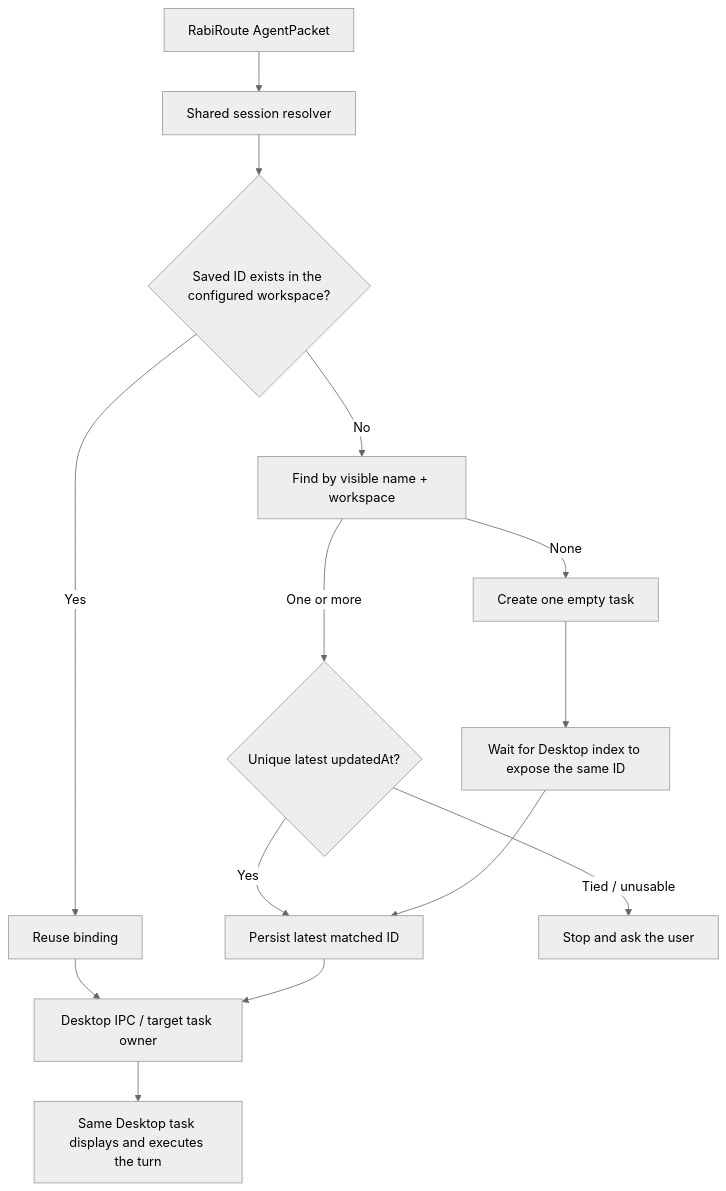
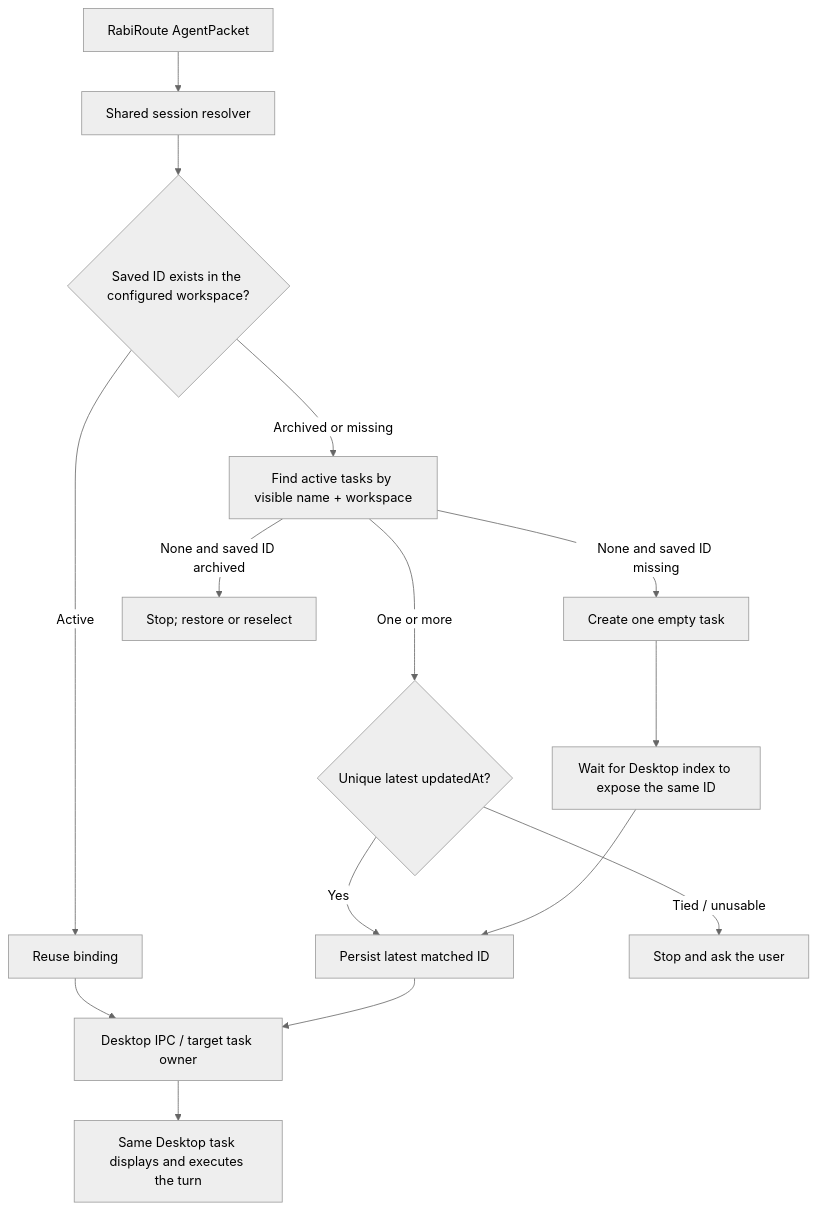
Before and after one commit to vb2250158/RabiRoute: the diagram in docs/codex-desktop-agent-acceptance_en.md, drawn with Mermaid (neutral theme). The commit also changed other lines of this file and 91 other files, not shown here.

````diff
--- a/docs/codex-desktop-agent-acceptance_en.md
+++ b/docs/codex-desktop-agent-acceptance_en.md
@@ -41,16 +41,17 @@
 ```mermaid
 flowchart TD
     P["RabiRoute AgentPacket"] --> R["Shared session resolver"]
     R --> I{"Saved ID exists in the configured workspace?"}
-    I -->|"Yes"| B["Reuse binding"]
-    I -->|"No"| N["Find by visible name + workspace"]
+    I -->|"Active"| B["Reuse binding"]
+    I -->|"Archived or missing"| N["Find active tasks by visible name + workspace"]
     N -->|"One or more"| L{"Unique latest updatedAt?"}
     L -->|"Yes"| S["Persist latest matched ID"]
     L -->|"Tied / unusable"| A["Stop and ask the user"]
-    N -->|"None"| C["Create one empty task"]
+    N -->|"None and saved ID missing"| C["Create one empty task"]
+    N -->|"None and saved ID archived"| E["Stop; restore or reselect"]
     C --> W["Wait for Desktop index to expose the same ID"]
     W --> S
     B --> D["Desktop IPC / target task owner"]
     S --> D
     D --> V["Same Desktop task displays and executes the turn"]
 ```
````
